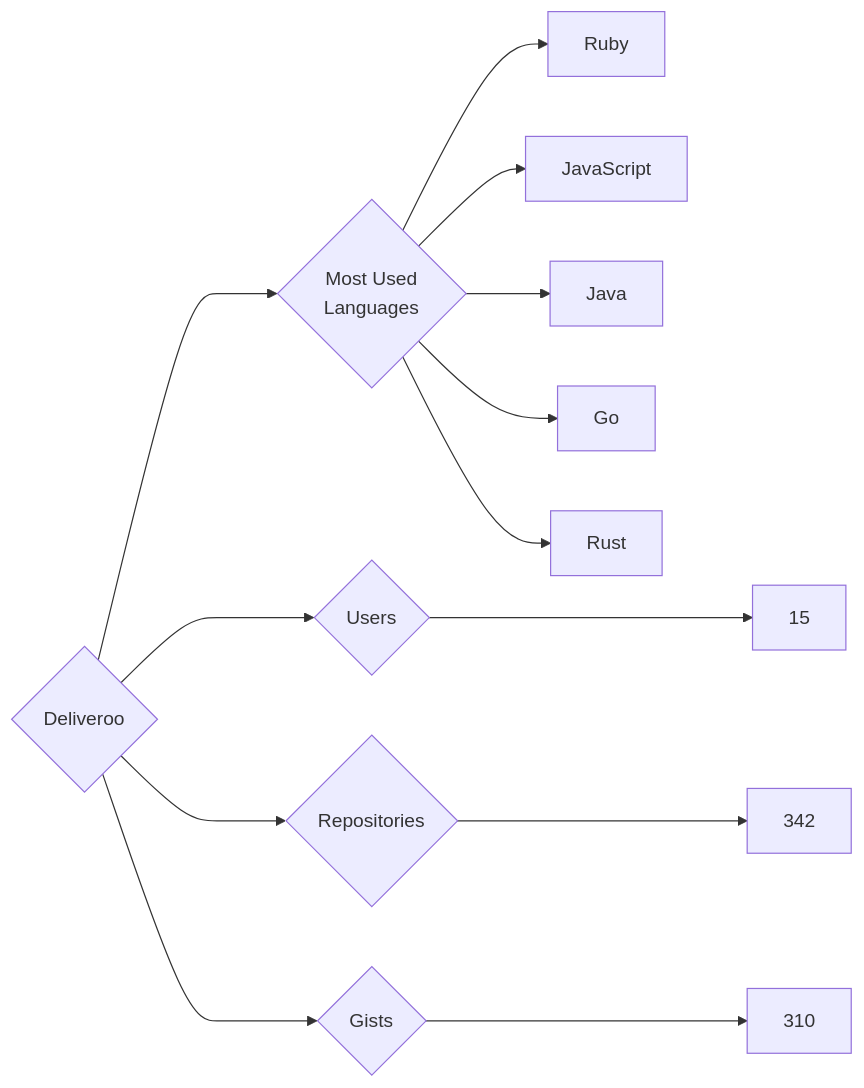
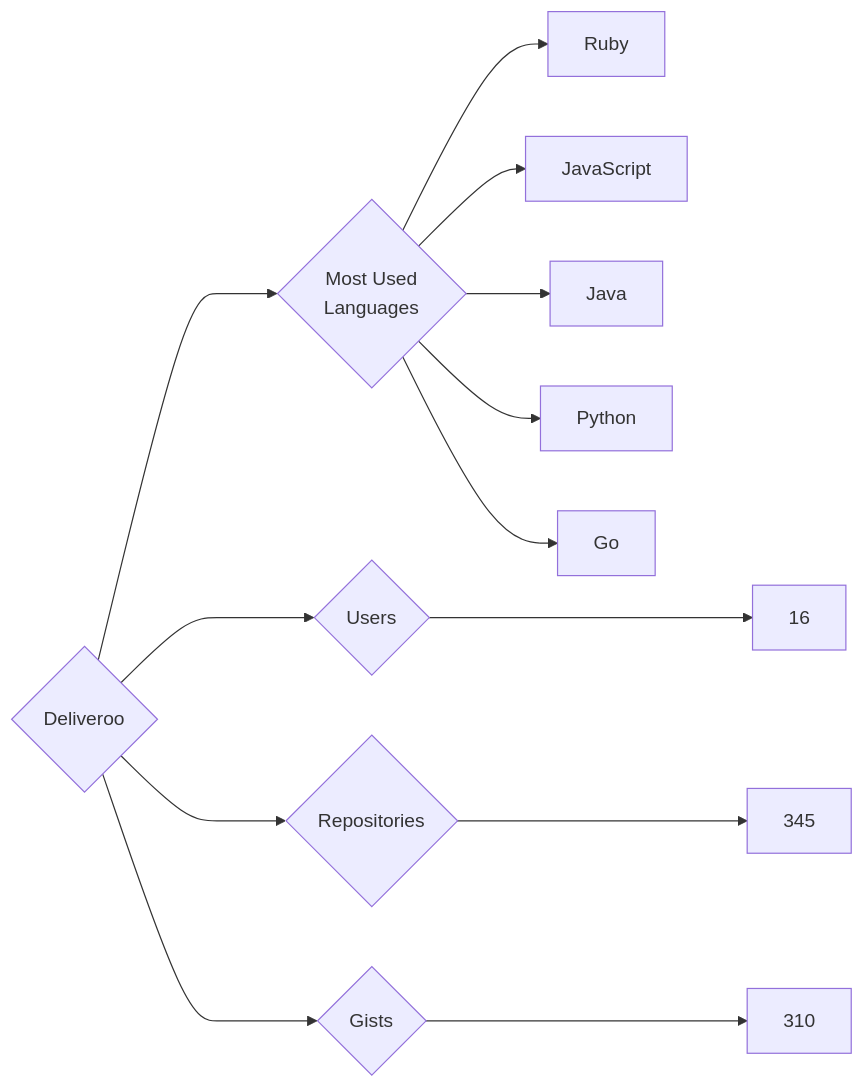
One commit to trickest/insiders changed the diagram in targets/Deliveroo/README.md. Above: the diagram before and after it, drawn with Mermaid. The commit also changed 622 other files, not shown here.

````diff
--- a/targets/Deliveroo/README.md
+++ b/targets/Deliveroo/README.md
@@ -3,13 +3,13 @@
 ```mermaid
 graph LR
 COMPANY_NAME{Deliveroo}
-COMPANY_NAME ---> U{Users} ---> UN[15]
-COMPANY_NAME ---> R{Repositories} ---> RN[342]
+COMPANY_NAME ---> U{Users} ---> UN[16]
+COMPANY_NAME ---> R{Repositories} ---> RN[345]
 COMPANY_NAME ---> G{Gists} ---> GN[310]
 COMPANY_NAME ---> ML{Most Used<br>Languages}
 ML --> Ruby[Ruby]
 ML --> JavaScript[JavaScript]
 ML --> Java[Java]
+ML --> Python[Python]
 ML --> Go[Go]
-ML --> Rust[Rust]
 ```
````
